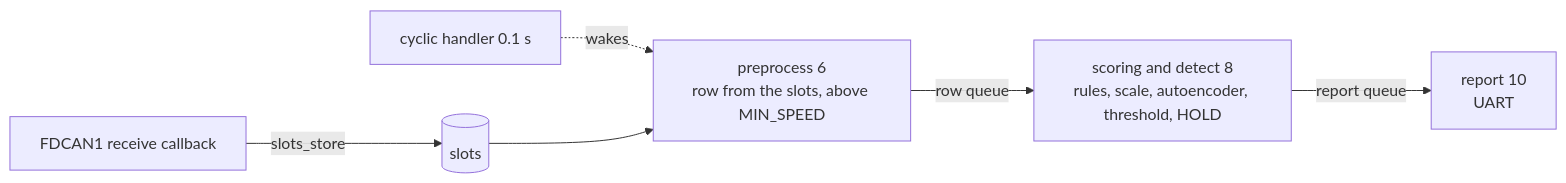
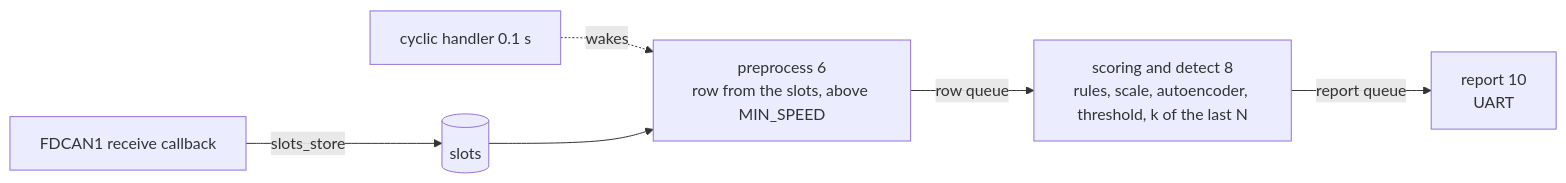
The diagram in board/application/ai_can_anomaly_detection/README.md (asana17/ai_can_anomaly_detection), drawn with Mermaid before and after one commit. The commit also changed 9 other files, not shown here.

Commit message:
feat(board): replace detect with detect_instant, k of the last N rows

````diff
--- a/board/application/ai_can_anomaly_detection/README.md
+++ b/board/application/ai_can_anomaly_detection/README.md
@@ -12,8 +12,8 @@
 ```mermaid
 flowchart LR
     irq["FDCAN1 receive callback"] -- slots_store --> slots[(slots)]
     tick[cyclic handler 0.1 s] -. wakes .-> pre
     slots --> pre["preprocess 6<br/>row from the slots, above MIN_SPEED"]
-    pre -- row queue --> sd["scoring and detect 8<br/>rules, scale, autoencoder, threshold, HOLD"]
+    pre -- row queue --> sd["scoring and detect 8<br/>rules, scale, autoencoder, threshold, k of the last N"]
     sd -- report queue --> report["report 10<br/>UART"]
 ```
````
